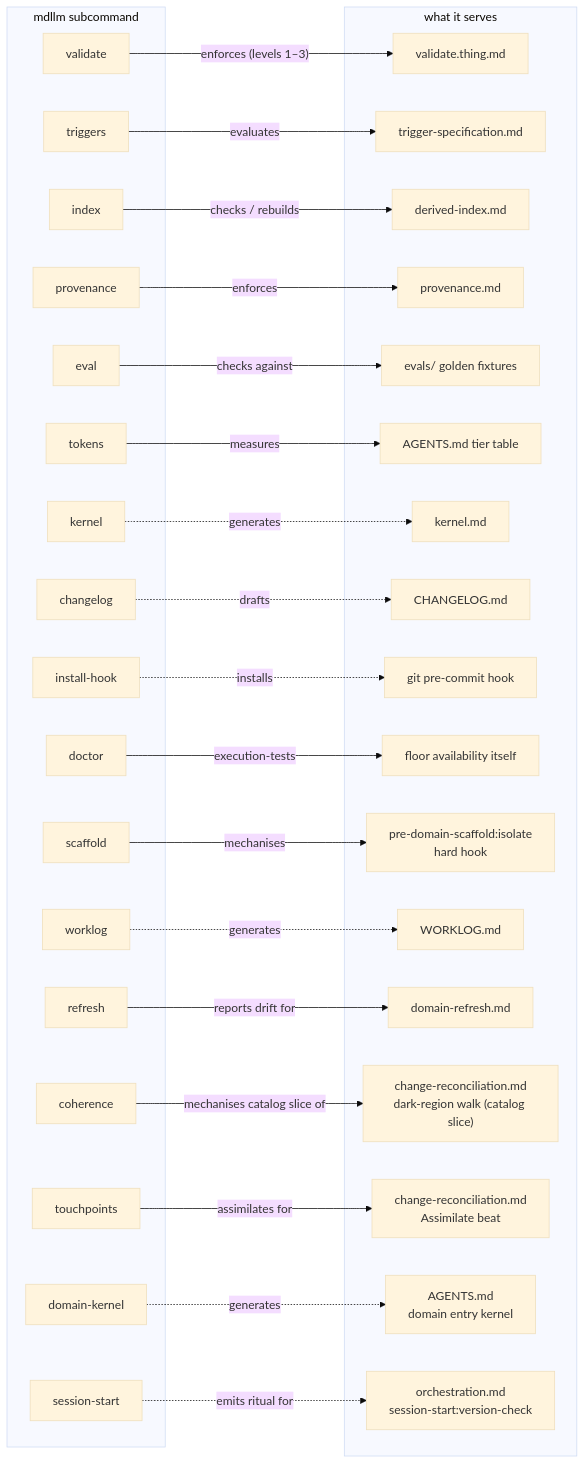
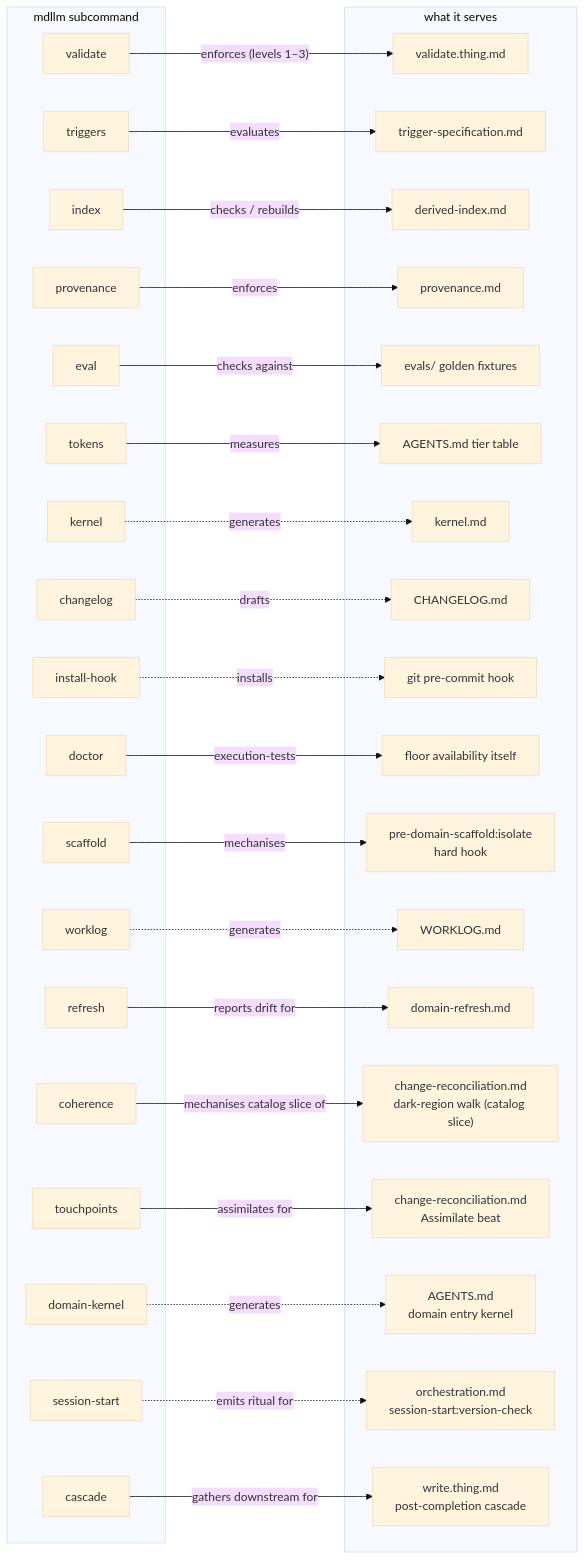
The third of 3 diagrams in docs/framework-map.md (JanoshMoshiri/MarkdownLLM), drawn with Mermaid (base theme) before and after one commit. The commit also changed other lines of this file and 3 other files, not shown here.

First line of the commit message:
add: mdllm cascade — the outbound post-completion mirror of touchpoints

````diff
--- a/docs/framework-map.md
+++ b/docs/framework-map.md
@@ -174,59 +174,62 @@
 ```mermaid
 flowchart LR
     subgraph cli ["mdllm subcommand"]
         C1["validate"]
         C2["triggers"]
         C3["index"]
         C4["provenance"]
         C5["eval"]
         C6["tokens"]
         C7["kernel"]
         C8["changelog"]
         C9["install-hook"]
         C10["doctor"]
         C11["scaffold"]
         C12["worklog"]
         C13["refresh"]
         C14["coherence"]
         C15["touchpoints"]
         C16["domain-kernel"]
         C17["session-start"]
+        C18["cascade"]
     end
     subgraph target ["what it serves"]
         T1["validate.thing.md"]
         T2["trigger-specification.md"]
         T3["derived-index.md"]
         T4["provenance.md"]
         T5["evals/ golden fixtures"]
         T6["AGENTS.md tier table"]
         T7["kernel.md"]
         T8["CHANGELOG.md"]
         T9["git pre-commit hook"]
         T10["floor availability itself"]
         T11["pre-domain-scaffold:isolate<br/>hard hook"]
         T12["WORKLOG.md"]
         T13["domain-refresh.md"]
         T14["change-reconciliation.md<br/>dark-region walk (catalog slice)"]
         T15["change-reconciliation.md<br/>Assimilate beat"]
         T16["AGENTS.md<br/>domain entry kernel"]
         T17["orchestration.md<br/>session-start:version-check"]
+        T18["write.thing.md<br/>post-completion cascade"]
     end
 
     C1 -->|"enforces (levels 1–3)"| T1
     C2 -->|evaluates| T2
     C3 -->|"checks / rebuilds"| T3
     C4 -->|enforces| T4
     C5 -->|checks against| T5
     C6 -->|measures| T6
     C7 -.->|generates| T7
     C8 -.->|drafts| T8
     C9 -.->|installs| T9
     C10 -->|"execution-tests"| T10
     C11 -->|mechanises| T11
     C12 -.->|generates| T12
     C13 -->|"reports drift for"| T13
     C14 -->|"mechanises catalog slice of"| T14
     C15 -->|"assimilates for"| T15
     C16 -.->|"generates"| T16
     C17 -.->|"emits ritual for"| T17
+    C18 -->|"gathers downstream for"| T18
 ```
````
